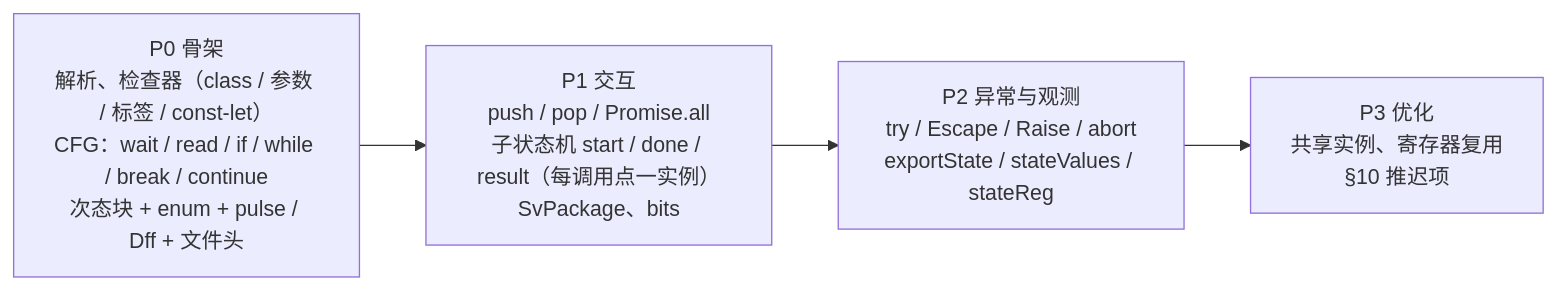
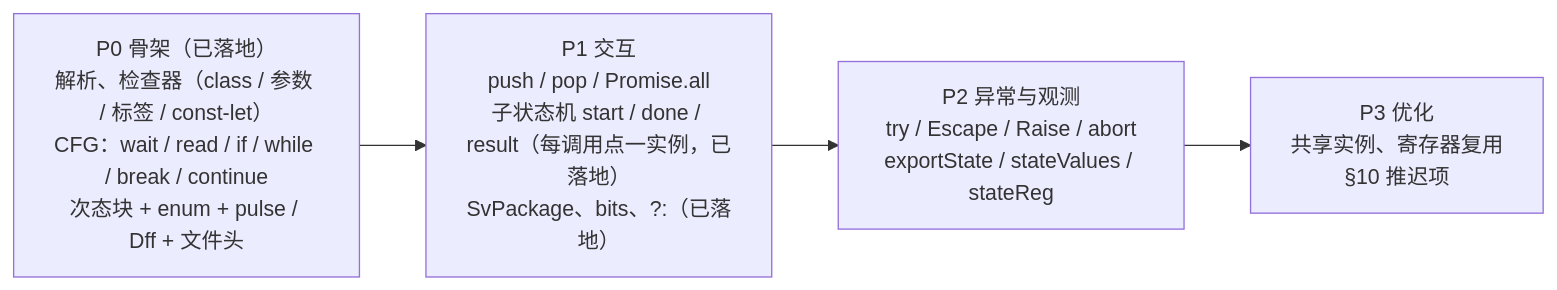
The sixth of 6 diagrams in docs/state/async-fsm.md (rede97/autowire), drawn with Mermaid before and after one commit. The commit also changed other lines of this file and 41 other files, not shown here.

````diff
--- a/docs/state/async-fsm.md
+++ b/docs/state/async-fsm.md
@@ -1912,6 +2560,6 @@
 ```mermaid
 flowchart LR
-  P0["P0 骨架<br/>解析、检查器（class / 参数 / 标签 / const-let）<br/>CFG：wait / read / if / while / break / continue<br/>次态块 + enum + pulse / Dff + 文件头"] --> P1["P1 交互<br/>push / pop / Promise.all<br/>子状态机 start / done / result（每调用点一实例）<br/>SvPackage、bits"]
+  P0["P0 骨架（已落地）<br/>解析、检查器（class / 参数 / 标签 / const-let）<br/>CFG：wait / read / if / while / break / continue<br/>次态块 + enum + pulse / Dff + 文件头"] --> P1["P1 交互<br/>push / pop / Promise.all<br/>子状态机 start / done / result（每调用点一实例，已落地）<br/>SvPackage、bits、?:（已落地）"]
   P1 --> P2["P2 异常与观测<br/>try / Escape / Raise / abort<br/>exportState / stateValues / stateReg"]
   P2 --> P3["P3 优化<br/>共享实例、寄存器复用<br/>§10 推迟项"]
 ```
````
